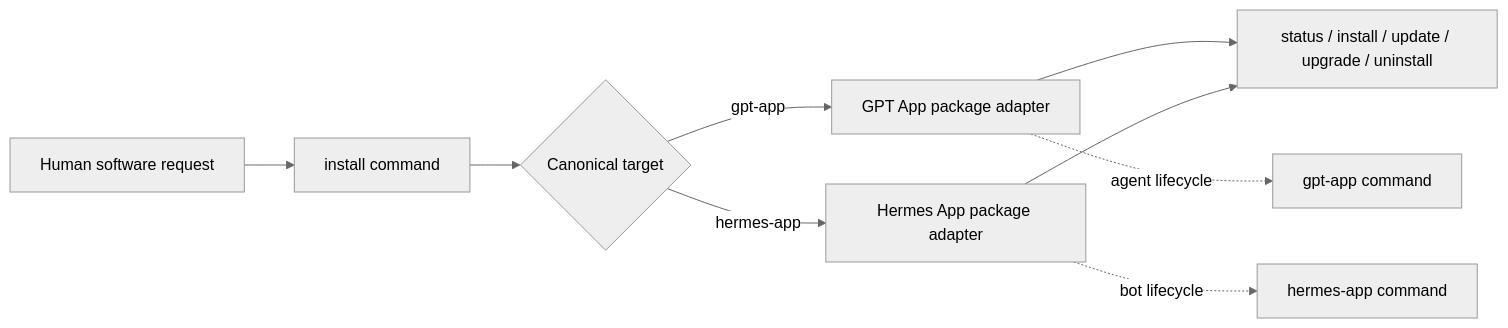
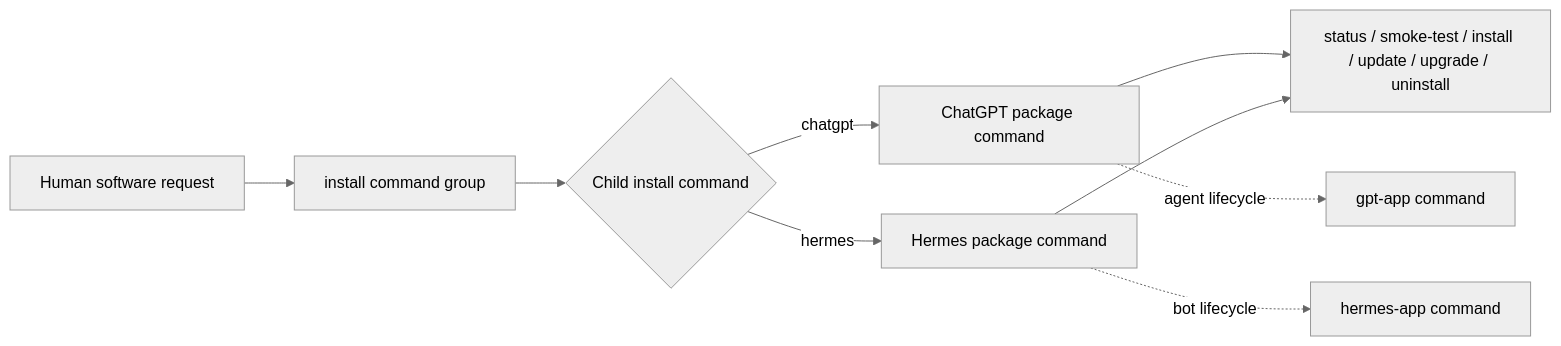
Before and after one commit to starodubtsevconsulting/ai-fleas: the diagram in ai-commands/install/install.command.md, drawn with Mermaid (neutral theme). The commit also changed other lines of this file and 22 other files, not shown here.

Commit message:
Make GPT and Hermes first-class install commands

````diff
--- a/ai-commands/install/install.command.md
+++ b/ai-commands/install/install.command.md
@@ -12,11 +51,11 @@
 ```mermaid
 flowchart LR
-  Request["Human software request"] --> Install["install command"]
-  Install --> Target{"Canonical target"}
-  Target -->|gpt-app| GPT["GPT App package adapter"]
-  Target -->|hermes-app| Hermes["Hermes App package adapter"]
-  GPT --> Physical["status / install / update / upgrade / uninstall"]
+  Request["Human software request"] --> Install["install command group"]
+  Install --> Target{"Child install command"}
+  Target -->|chatgpt| GPT["ChatGPT package command"]
+  Target -->|hermes| Hermes["Hermes package command"]
+  GPT --> Physical["status / smoke-test / install / update / upgrade / uninstall"]
   Hermes --> Physical
   GPT -. agent lifecycle .-> GPTCommand["gpt-app command"]
   Hermes -. bot lifecycle .-> HermesCommand["hermes-app command"]
 ```
````
